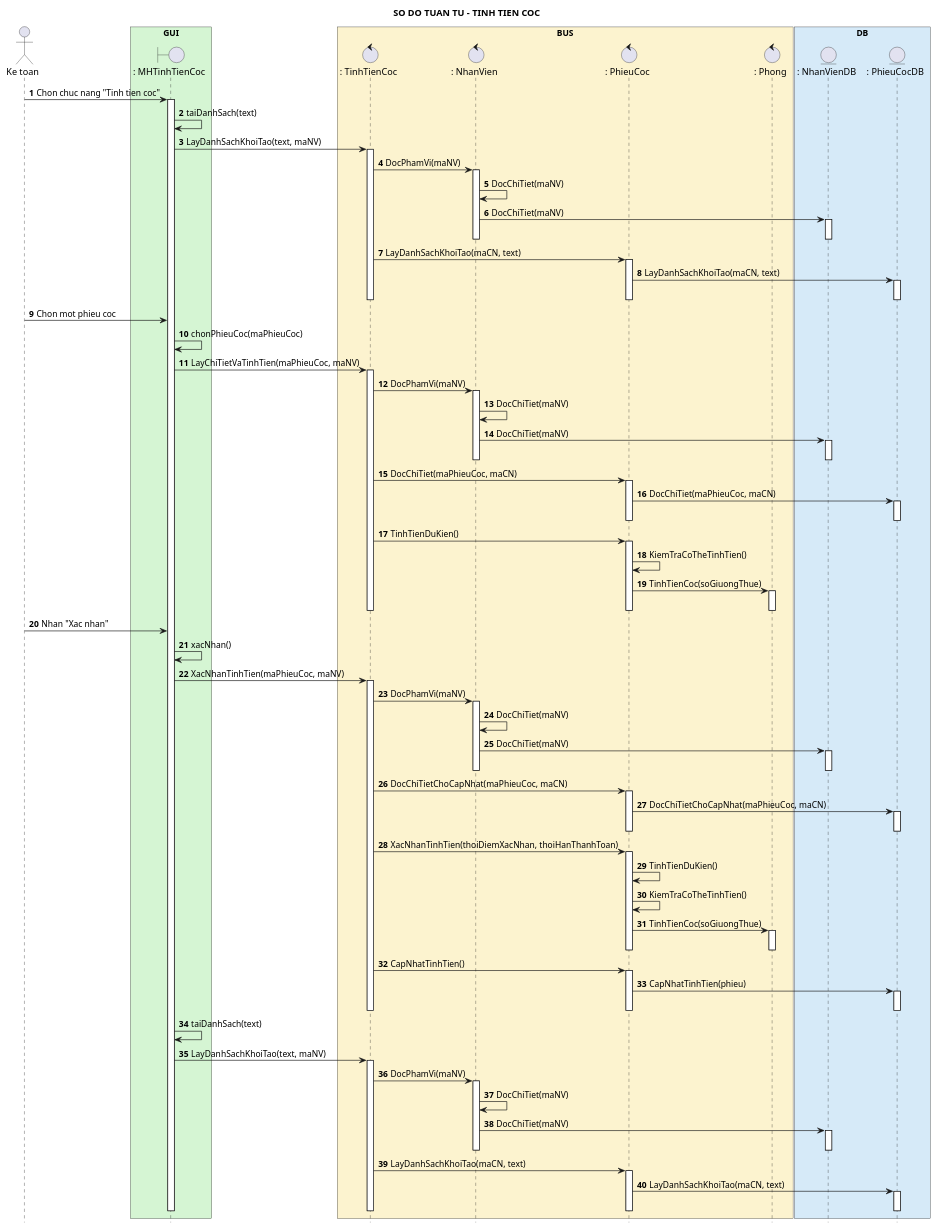
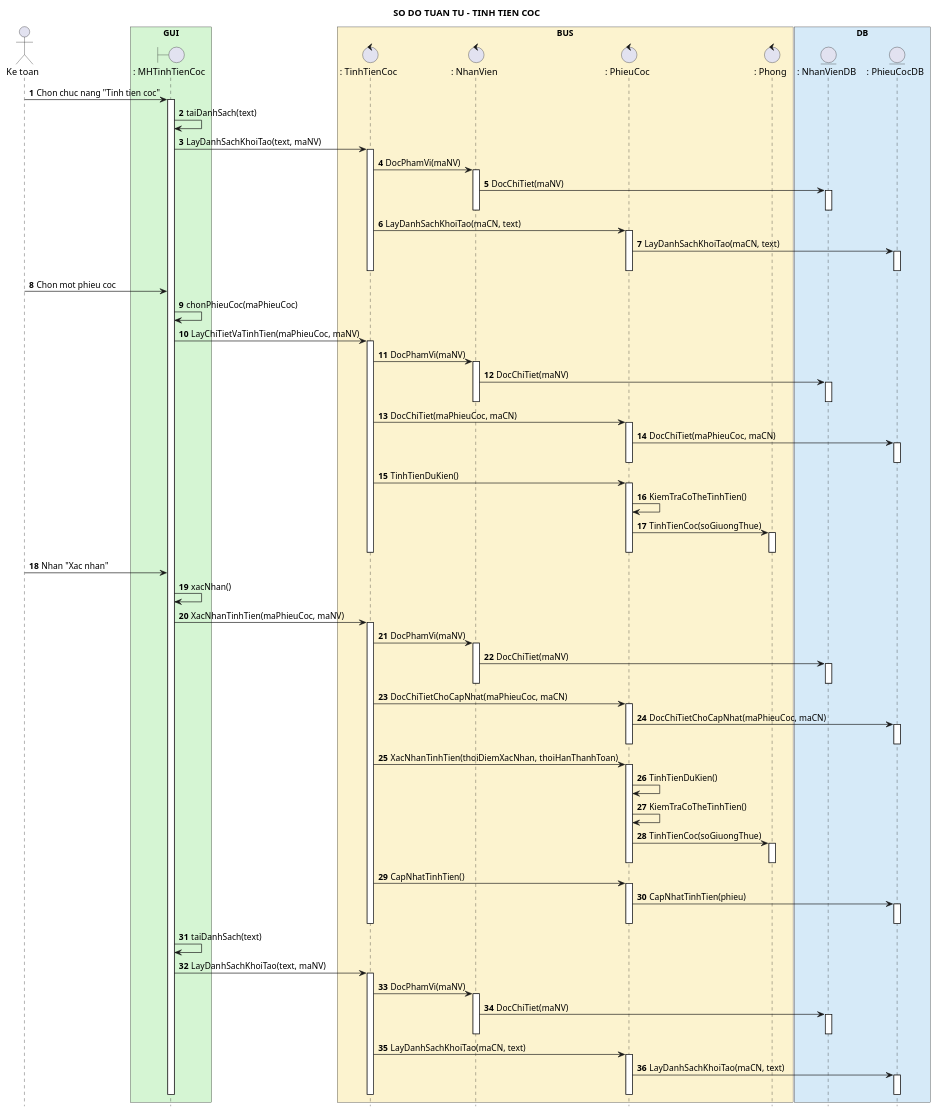
Before and after one commit to Ming1309/HomeStay-Dorm: the diagram in docs/uml/tinh-tien-coc-sequence.puml, drawn with PlantUML. The commit also changed 32 other files, not shown here.

Commit message:
docs(uml): add dashboard diagrams and refine consistency check rules

```diff
--- a/docs/uml/tinh-tien-coc-sequence.puml
+++ b/docs/uml/tinh-tien-coc-sequence.puml
@@ -1,124 +1,120 @@
 @startuml
 title SO DO TUAN TU - TINH TIEN COC
 
 hide footbox
 autonumber 1 1
 skinparam shadowing false
 
 actor "Ke toan" as KT
 
 box "GUI" #D5F5D3
 boundary ": MHTinhTienCoc" as MH
 end box
 
 box "BUS" #FCF3CF
 control ": TinhTienCoc" as TTC
 control ": NhanVien" as NV
 control ": PhieuCoc" as PC
 control ": Phong" as P
 end box
 
 box "DB" #D6EAF8
 entity ": NhanVienDB" as NVDB
 entity ": PhieuCocDB" as PCDB
 end box
 
 KT -> MH : Chon chuc nang "Tinh tien coc"
 activate MH
 MH -> MH : taiDanhSach(text)
 MH -> TTC : LayDanhSachKhoiTao(text, maNV)
 activate TTC
 TTC -> NV : DocPhamVi(maNV)
 activate NV
-NV -> NV : DocChiTiet(maNV)
 NV -> NVDB : DocChiTiet(maNV)
 activate NVDB
 deactivate NVDB
 deactivate NV
 TTC -> PC : LayDanhSachKhoiTao(maCN, text)
 activate PC
 PC -> PCDB : LayDanhSachKhoiTao(maCN, text)
 activate PCDB
 deactivate PCDB
 deactivate PC
 deactivate TTC
 
 KT -> MH : Chon mot phieu coc
 MH -> MH : chonPhieuCoc(maPhieuCoc)
 MH -> TTC : LayChiTietVaTinhTien(maPhieuCoc, maNV)
 activate TTC
 TTC -> NV : DocPhamVi(maNV)
 activate NV
-NV -> NV : DocChiTiet(maNV)
 NV -> NVDB : DocChiTiet(maNV)
 activate NVDB
 deactivate NVDB
 deactivate NV
 TTC -> PC : DocChiTiet(maPhieuCoc, maCN)
 activate PC
 PC -> PCDB : DocChiTiet(maPhieuCoc, maCN)
 activate PCDB
 deactivate PCDB
 deactivate PC
 TTC -> PC : TinhTienDuKien()
 activate PC
 PC -> PC : KiemTraCoTheTinhTien()
 PC -> P : TinhTienCoc(soGiuongThue)
 activate P
 deactivate P
 deactivate PC
 deactivate TTC
 
 KT -> MH : Nhan "Xac nhan"
 MH -> MH : xacNhan()
 MH -> TTC : XacNhanTinhTien(maPhieuCoc, maNV)
 activate TTC
 TTC -> NV : DocPhamVi(maNV)
 activate NV
-NV -> NV : DocChiTiet(maNV)
 NV -> NVDB : DocChiTiet(maNV)
 activate NVDB
 deactivate NVDB
 deactivate NV
 TTC -> PC : DocChiTietChoCapNhat(maPhieuCoc, maCN)
 activate PC
 PC -> PCDB : DocChiTietChoCapNhat(maPhieuCoc, maCN)
 activate PCDB
 deactivate PCDB
 deactivate PC
 TTC -> PC : XacNhanTinhTien(thoiDiemXacNhan, thoiHanThanhToan)
 activate PC
 PC -> PC : TinhTienDuKien()
 PC -> PC : KiemTraCoTheTinhTien()
 PC -> P : TinhTienCoc(soGiuongThue)
 activate P
 deactivate P
 deactivate PC
 TTC -> PC : CapNhatTinhTien()
 activate PC
 PC -> PCDB : CapNhatTinhTien(phieu)
 activate PCDB
 deactivate PCDB
 deactivate PC
 deactivate TTC
 
 MH -> MH : taiDanhSach(text)
 MH -> TTC : LayDanhSachKhoiTao(text, maNV)
 activate TTC
 TTC -> NV : DocPhamVi(maNV)
 activate NV
-NV -> NV : DocChiTiet(maNV)
 NV -> NVDB : DocChiTiet(maNV)
 activate NVDB
 deactivate NVDB
 deactivate NV
 TTC -> PC : LayDanhSachKhoiTao(maCN, text)
 activate PC
 PC -> PCDB : LayDanhSachKhoiTao(maCN, text)
 activate PCDB
 deactivate PCDB
 deactivate PC
 deactivate TTC
 
 deactivate MH
 @enduml
```
